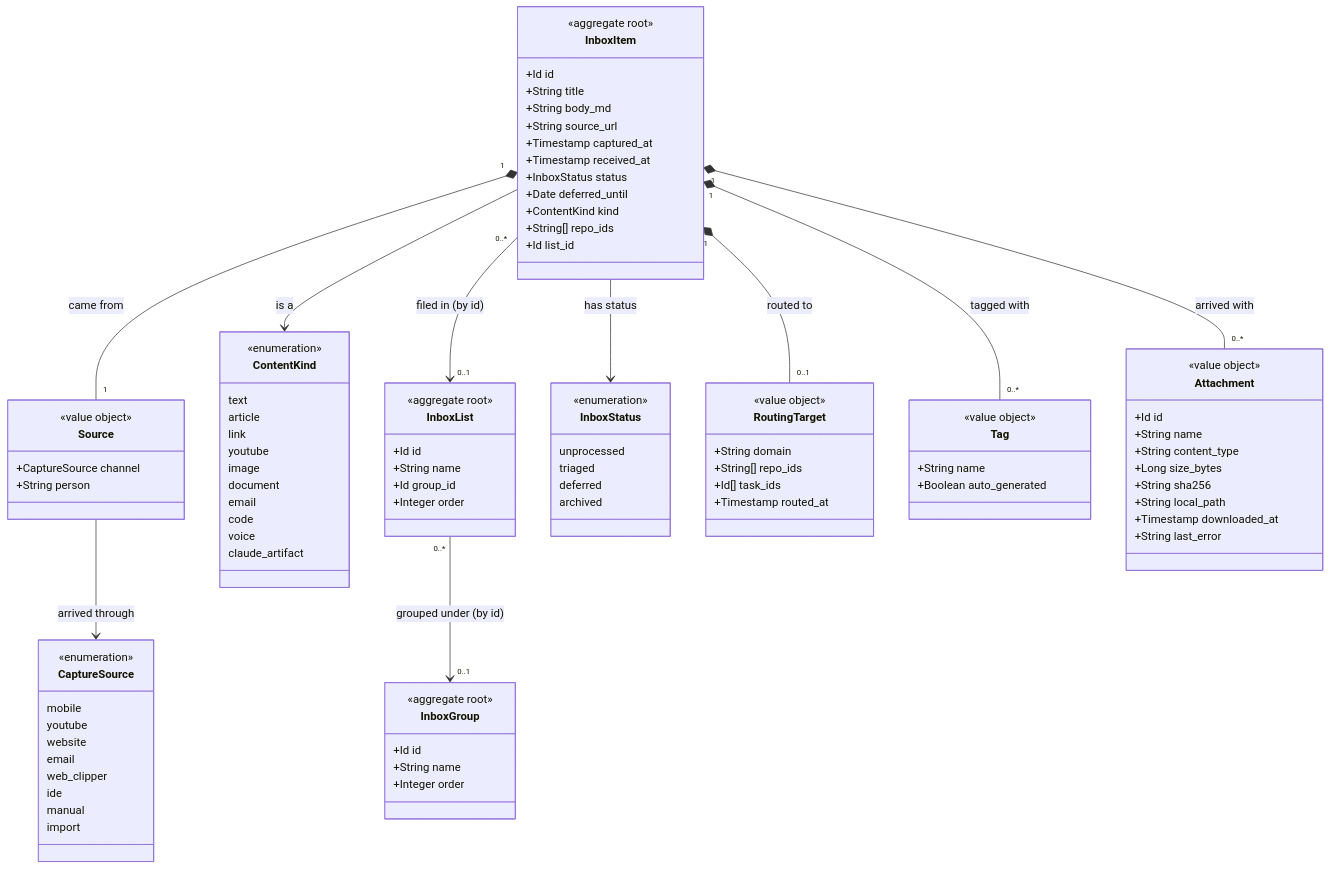
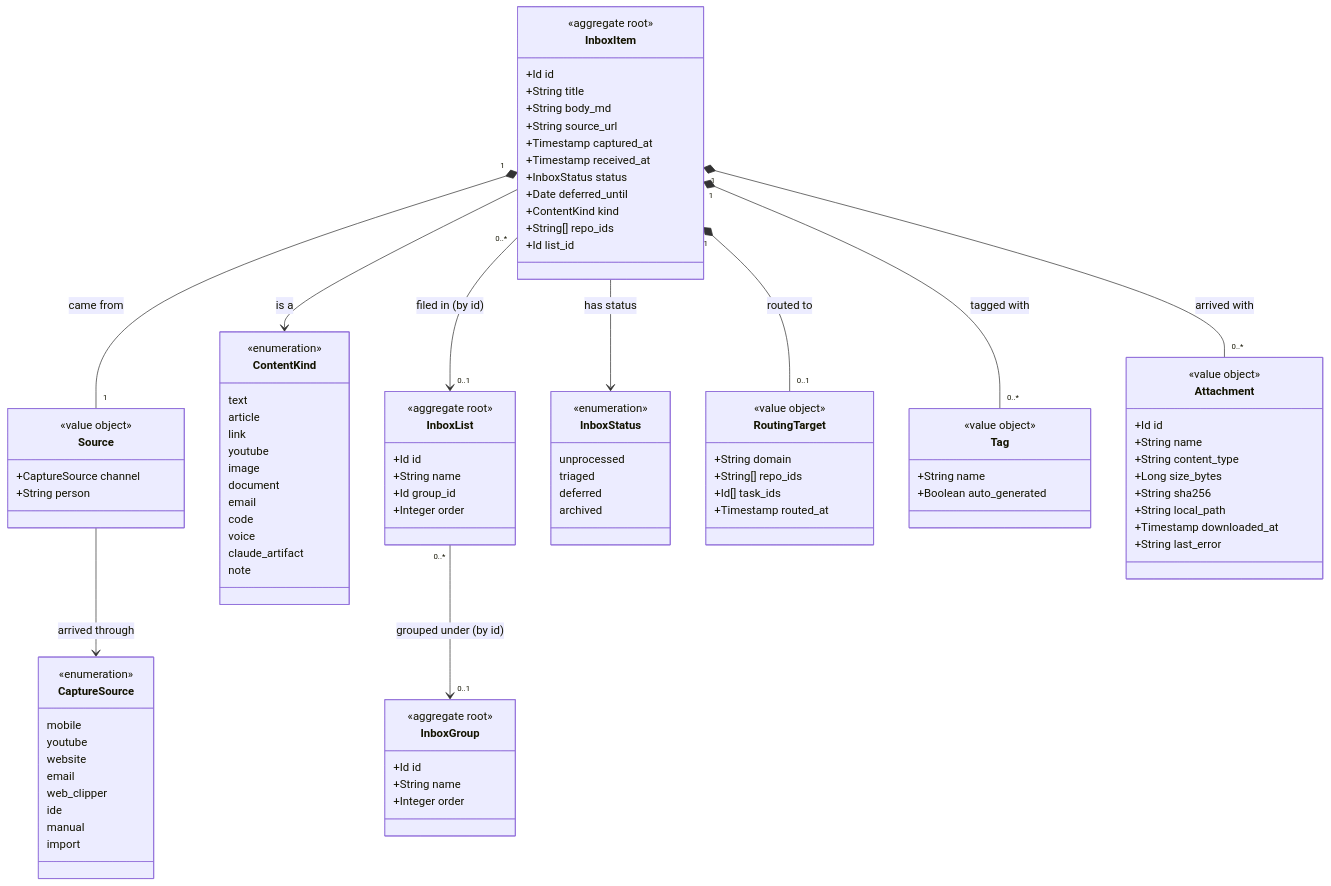
Before and after one commit to JSdotNet/Backlog: the diagram in .devbook/domain/inbox/model.md, drawn with Mermaid. The commit also changed other lines of this file and 131 other files, not shown here.

```diff
--- a/.devbook/domain/inbox/model.md
+++ b/.devbook/domain/inbox/model.md
@@ -53,6 +53,7 @@
         code
         voice
         claude_artifact
+        note
     }
     class Source {
         <<value object>>
```
